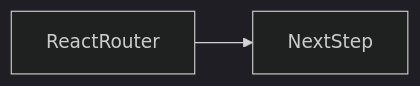
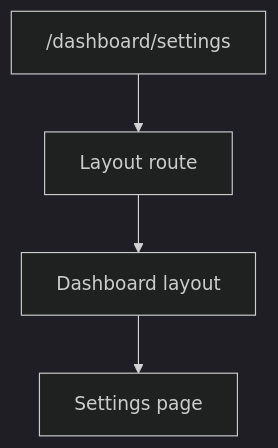
One commit to OmidJavaherii/Frontend-Engineering-Handbook changed the second of 2 diagrams in docs/en/15-architecture/react-router/index.md. Above: the diagram before and after it, drawn with Mermaid (dark theme). The commit also changed other lines of this file and 461 other files, not shown here.

````diff
--- a/docs/en/15-architecture/react-router/index.md
+++ b/docs/en/15-architecture/react-router/index.md
@@ -95,4 +131,6 @@
 ```mermaid
-flowchart LR
-  concept[ReactRouter] --> nextStep[NextStep]
+flowchart TD
+  URL["/dashboard/settings"] --> Root[Layout route]
+  Root --> Dash[Dashboard layout]
+  Dash --> Settings[Settings page]
 ```
````
